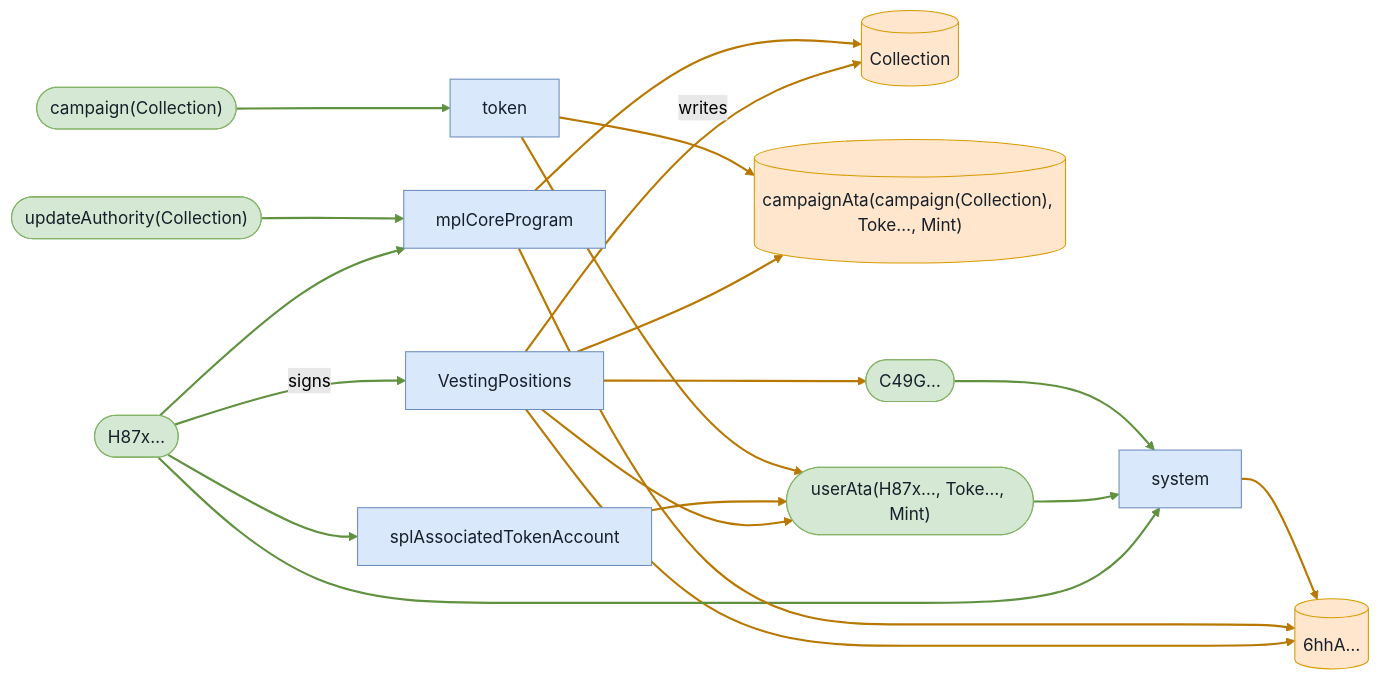
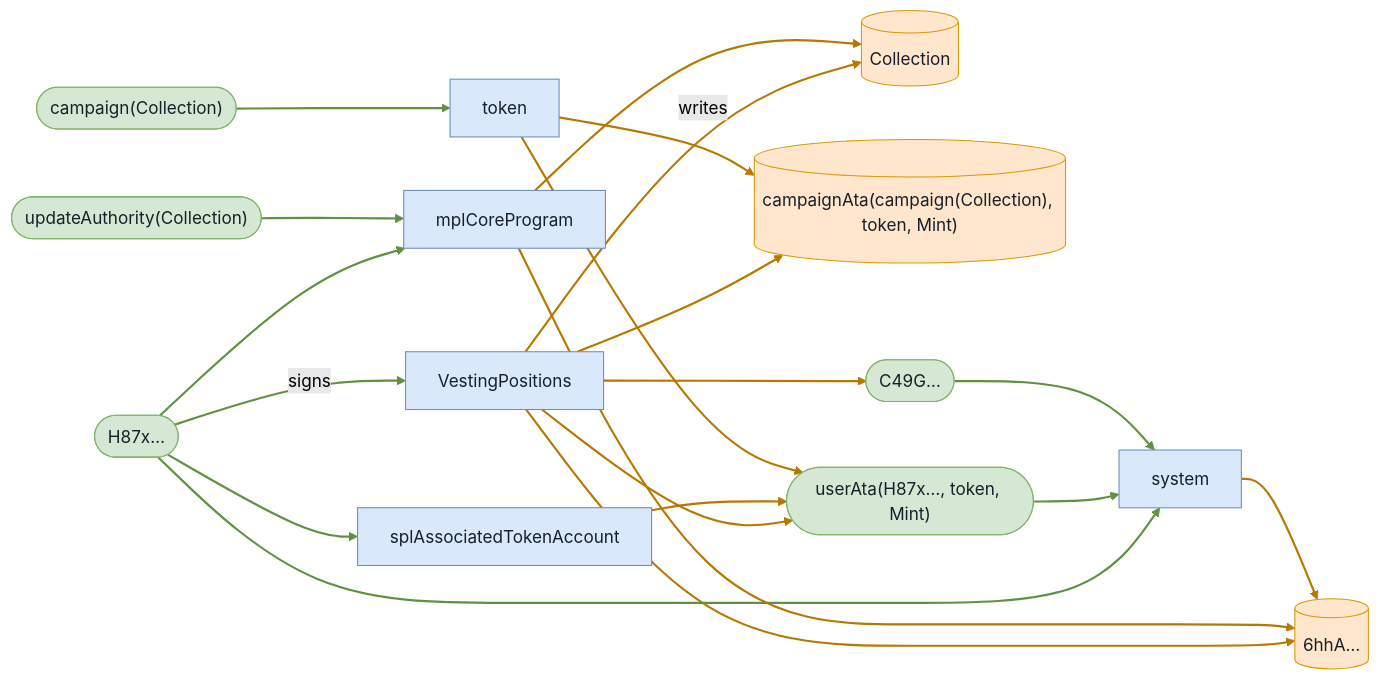
One commit to cds-turbin3/vesting-position changed diagram 11 of 15 in babelfish-tests/test-report/clawback_unclaimed_succeeds_despite_buyers_zeroed_receipt.md. Above: the diagram before and after it, drawn with Mermaid (forest theme). The commit also changed other lines of this file and 104 other files, not shown here.

````diff
--- a/babelfish-tests/test-report/clawback_unclaimed_succeeds_despite_buyers_zeroed_receipt.md
+++ b/babelfish-tests/test-report/clawback_unclaimed_succeeds_despite_buyers_zeroed_receipt.md
@@ -497,40 +497,40 @@
 ```mermaid
 flowchart LR
     VestingPositions["VestingPositions"]:::program
     H87x(["H87x…"]):::signer
     Collection[("Collection")]:::state
-    campaignAtacampaignCollectionTokeMint[("campaignAta(campaign(Collection), Toke…, Mint)")]:::state
-    userAtaH87xTokeMint(["userAta(H87x…, Toke…, Mint)"]):::signer
+    campaignAtacampaignCollectiontokenMint[("campaignAta(campaign(Collection), token, Mint)")]:::state
+    userAtaH87xtokenMint(["userAta(H87x…, token, Mint)"]):::signer
     n6hhA[("6hhA…")]:::state
     C49G(["C49G…"]):::signer
     splAssociatedTokenAccount["splAssociatedTokenAccount"]:::program
     token["token"]:::program
     system["system"]:::program
     mplCoreProgram["mplCoreProgram"]:::program
     updateAuthorityCollection(["updateAuthority(Collection)"]):::signer
     campaignCollection(["campaign(Collection)"]):::signer
     H87x -->|signs| VestingPositions
     VestingPositions -->|writes| Collection
-    VestingPositions --> campaignAtacampaignCollectionTokeMint
-    VestingPositions --> userAtaH87xTokeMint
+    VestingPositions --> campaignAtacampaignCollectiontokenMint
+    VestingPositions --> userAtaH87xtokenMint
     VestingPositions --> n6hhA
     VestingPositions --> C49G
     H87x --> splAssociatedTokenAccount
-    splAssociatedTokenAccount --> userAtaH87xTokeMint
+    splAssociatedTokenAccount --> userAtaH87xtokenMint
     H87x --> system
-    userAtaH87xTokeMint --> system
-    token --> userAtaH87xTokeMint
+    userAtaH87xtokenMint --> system
+    token --> userAtaH87xtokenMint
     C49G --> system
     mplCoreProgram --> n6hhA
     mplCoreProgram --> Collection
     H87x --> mplCoreProgram
     updateAuthorityCollection --> mplCoreProgram
     system --> n6hhA
-    token --> campaignAtacampaignCollectionTokeMint
+    token --> campaignAtacampaignCollectiontokenMint
     campaignCollection --> token
     classDef program fill:#dae8fc,stroke:#6c8ebf,color:#17202a;
     classDef signer fill:#d5e8d4,stroke:#82b366,color:#17202a;
     classDef state fill:#ffe6cc,stroke:#d79b00,color:#17202a;
     linkStyle 0,6,8,9,11,14,15,18 stroke:#5f913f,stroke-width:2px
     linkStyle 1,2,3,4,5,7,10,12,13,16,17 stroke:#b87800,stroke-width:2px
 ```
````
